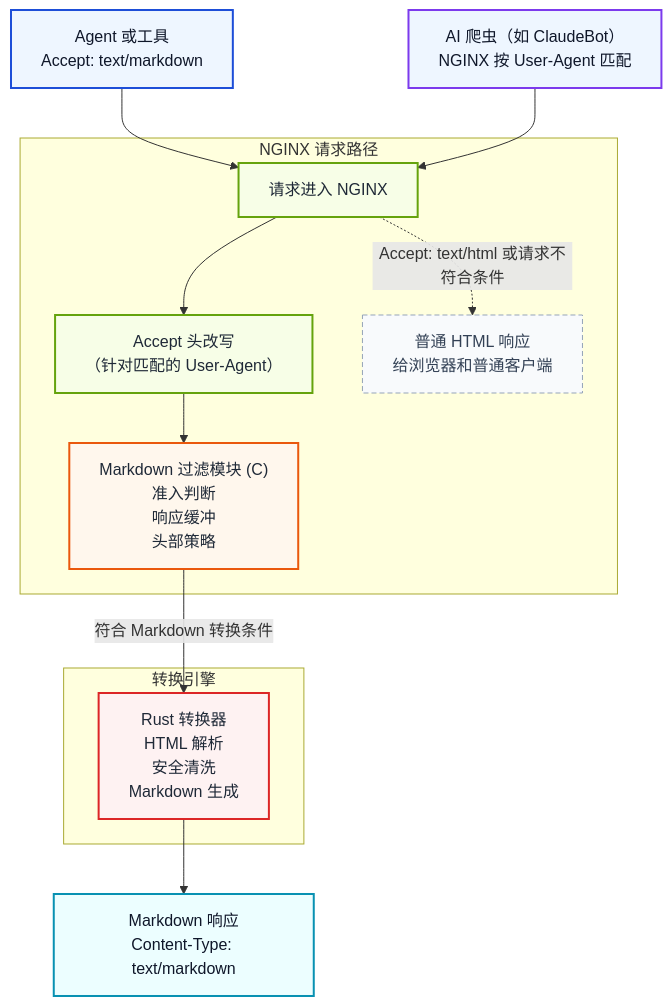
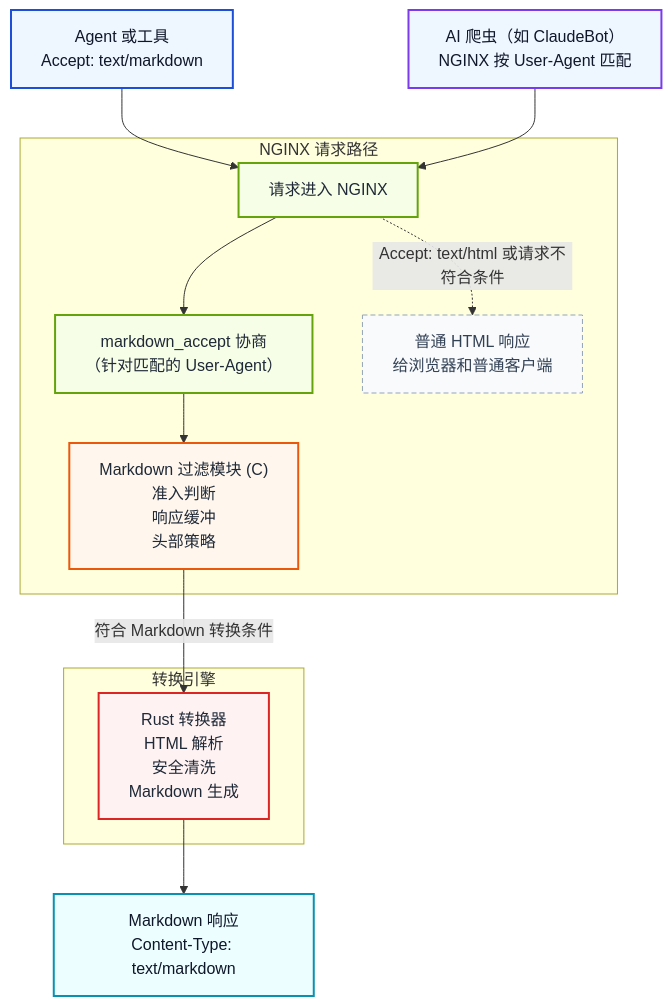
The diagram in README_zh-CN.md (cnkang/nginx-markdown-for-agents), drawn with Mermaid before and after one commit. The commit also changed 20 other files, not shown here.

````diff
--- a/README_zh-CN.md
+++ b/README_zh-CN.md
@@ -251,43 +251,43 @@
 ```mermaid
 flowchart TD
     client["Agent 或工具<br/>Accept: text/markdown"]
     bot["AI 爬虫（如 ClaudeBot）<br/>NGINX 按 User-Agent 匹配"]
 
     subgraph edge["NGINX 请求路径"]
         ingress["请求进入 NGINX"]
-        rewrite["Accept 头改写<br/>（针对匹配的 User-Agent）"]
+        rewrite["markdown_accept 协商<br/>（针对匹配的 User-Agent）"]
         filter["Markdown 过滤模块 (C)<br/>准入判断<br/>响应缓冲<br/>头部策略"]
         passthrough["普通 HTML 响应<br/>给浏览器和普通客户端"]
     end
 
     subgraph engine["转换引擎"]
         rust["Rust 转换器<br/>HTML 解析<br/>安全清洗<br/>Markdown 生成"]
     end
 
     markdown["Markdown 响应<br/>Content-Type: text/markdown"]
 
     client --> ingress
     bot --> ingress
     ingress --> rewrite
     rewrite --> filter
     filter -->|符合 Markdown 转换条件| rust
     rust --> markdown
     ingress -.->|Accept: text/html 或请求不符合条件| passthrough
 
     classDef client fill:#eef6ff,stroke:#1d4ed8,color:#0f172a,stroke-width:2px;
     classDef bot fill:#eef6ff,stroke:#7c3aed,color:#0f172a,stroke-width:2px;
     classDef nginx fill:#f7fee7,stroke:#65a30d,color:#1f2937,stroke-width:2px;
     classDef module fill:#fff7ed,stroke:#ea580c,color:#1f2937,stroke-width:2px;
     classDef engine fill:#fef2f2,stroke:#dc2626,color:#1f2937,stroke-width:2px;
     classDef output fill:#ecfeff,stroke:#0891b2,color:#0f172a,stroke-width:2px;
     classDef passthrough fill:#f8fafc,stroke:#94a3b8,color:#334155,stroke-dasharray: 5 3;
 
     class client client;
     class bot bot;
     class ingress nginx;
     class rewrite nginx;
     class filter module;
     class rust engine;
     class markdown output;
     class passthrough passthrough;
 ```
````
